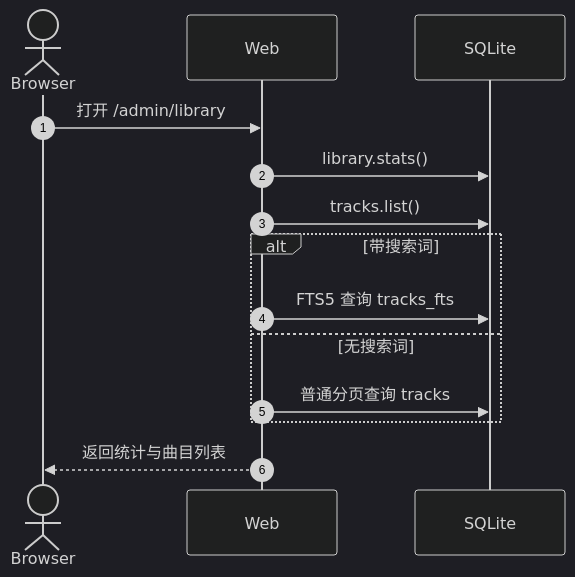
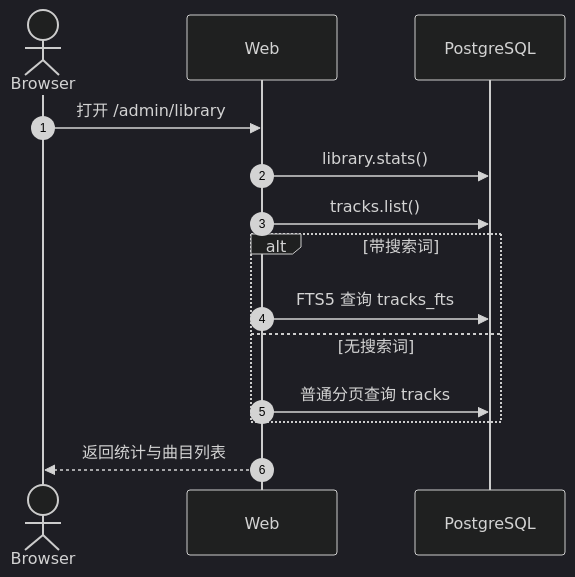
The fourth of 8 diagrams in docs/architecture.md (namehu/music-tagger), drawn with Mermaid (dark theme) before and after one commit. The commit also changed other lines of this file and 67 other files, not shown here.

First line of the commit message:
feat: 将数据库从 SQLite 迁移至 PostgreSQL

````diff
--- a/docs/architecture.md
+++ b/docs/architecture.md
@@ -413,17 +413,17 @@
 ```mermaid
 sequenceDiagram
   autonumber
   actor U as Browser
   participant W as Web
-  participant DB as SQLite
+  participant DB as PostgreSQL
 
   U->>W: 打开 /admin/library
   W->>DB: library.stats()
   W->>DB: tracks.list()
   alt 带搜索词
     W->>DB: FTS5 查询 tracks_fts
   else 无搜索词
     W->>DB: 普通分页查询 tracks
   end
   W-->>U: 返回统计与曲目列表
 ```
````
